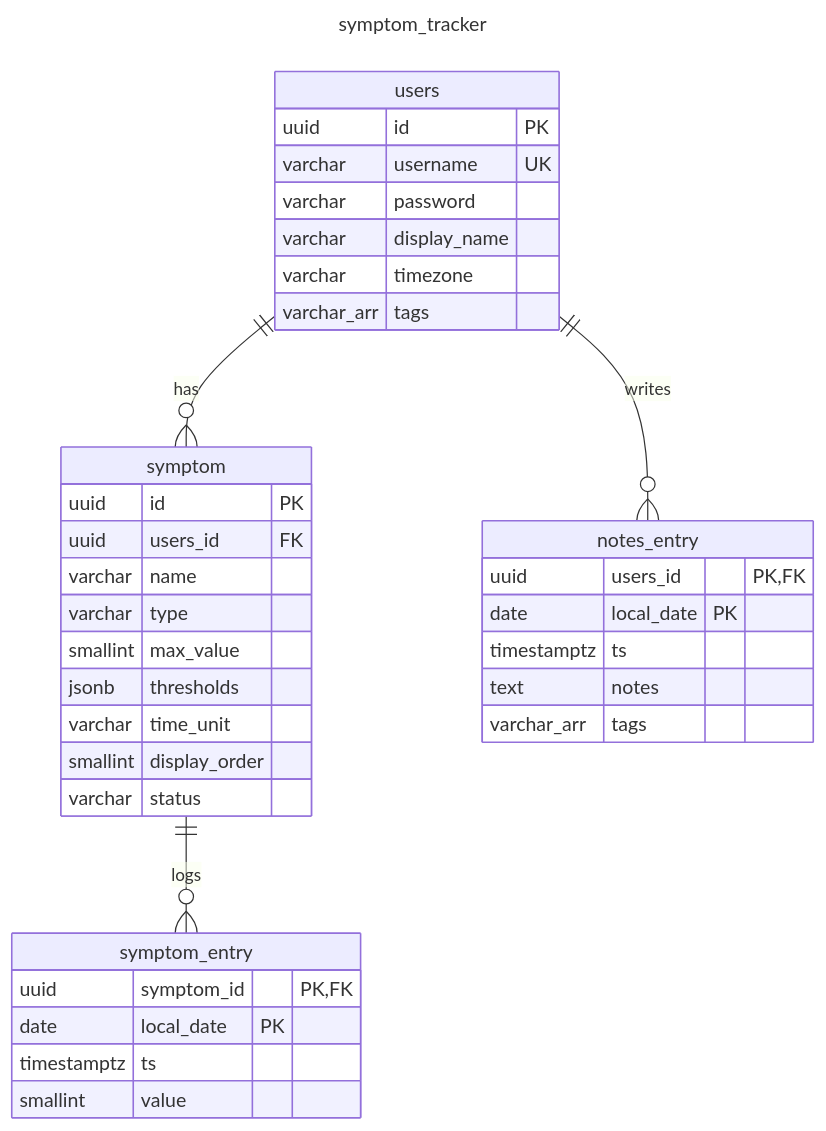
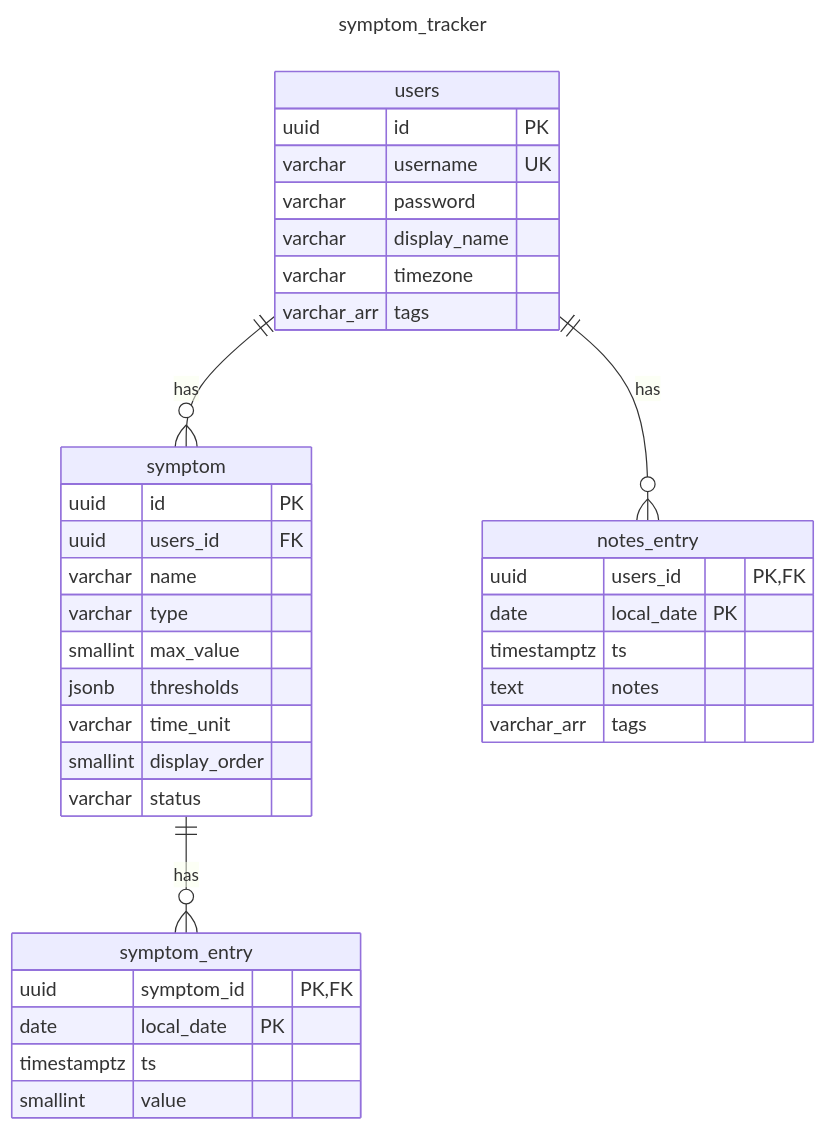
One commit to jcorteza/symptom-tracker changed the diagram in docs/DATA_MODEL.md. Above: the diagram before and after it, drawn with Mermaid. The commit also changed other lines of this file, not shown here.

````diff
--- a/docs/DATA_MODEL.md
+++ b/docs/DATA_MODEL.md
@@ -5,49 +5,47 @@
 ```mermaid
 ---
 title: symptom_tracker
 config:
   er:
     diagramPadding: 10
     entityPadding: 5
     nodeSpacing: 140
     rankSpacing: 75
-    layoutDirection: "LR"
-    fontSize: 10
 ---
 erDiagram
   users ||--o{ symptom : has
-  users ||--o{ notes_entry : writes
-  symptom ||--o{ symptom_entry : logs
+  users ||--o{ notes_entry : has
+  symptom ||--o{ symptom_entry : has
   users {
     uuid id PK
     varchar username UK
     varchar password
     varchar display_name
     varchar timezone
     varchar_arr tags
   }
   symptom {
     uuid id PK
     uuid users_id FK
     varchar name
     varchar type
     smallint max_value
     jsonb thresholds
     varchar time_unit
     smallint display_order
     varchar status
   }
   symptom_entry {
     uuid symptom_id "PK,FK"
     date local_date PK
     timestamptz ts
     smallint value
   }
   notes_entry {
     uuid users_id "PK,FK"
     date local_date PK
     timestamptz ts
     text notes
     varchar_arr tags
   }
 ```
````
